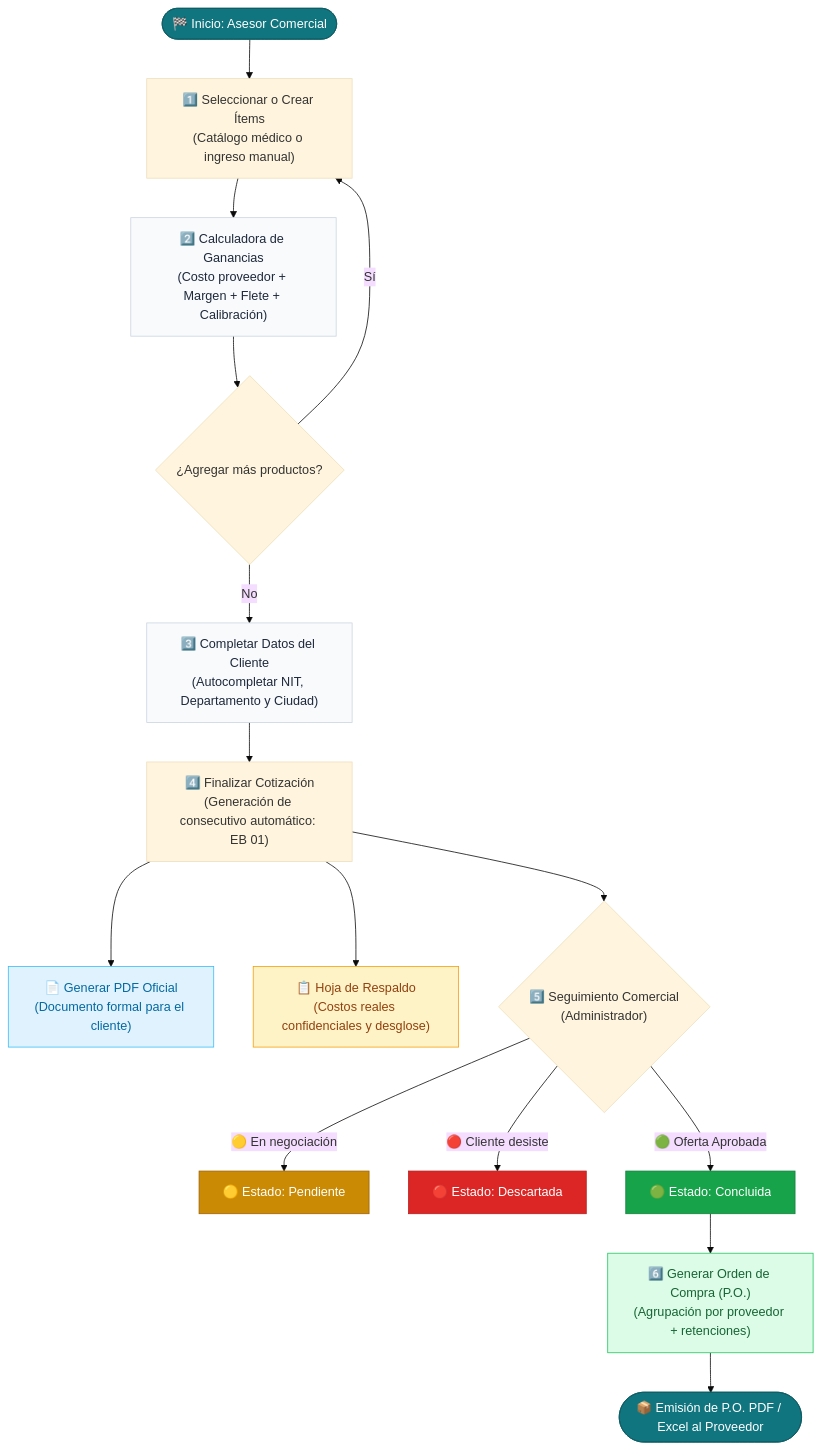
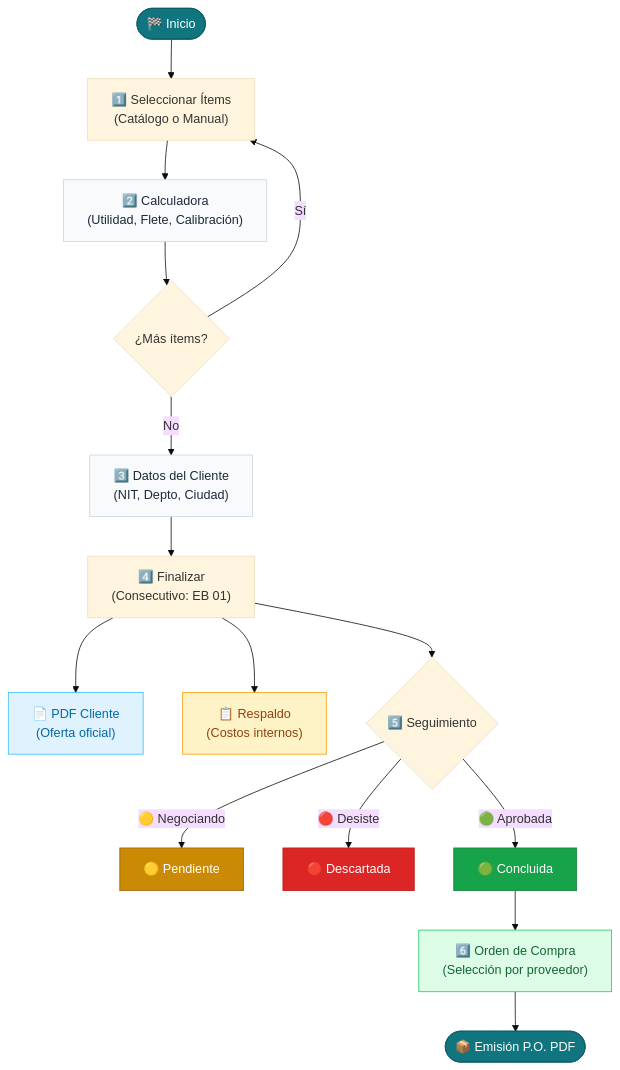
Before and after one commit to Santiago072/SistemaImpobiomedical: the third of 3 diagrams in docs/ARQUITECTURA_Y_COMPONENTES.md, drawn with Mermaid (base theme). The commit also changed other lines of this file, not shown here.

Commit message:
docs: consolidar documentacion tecnica en ARQUITECTURA_Y_COMPONENTES.md manteniendo diagrama de flujo estructurado

````diff
--- a/docs/ARQUITECTURA_Y_COMPONENTES.md
+++ b/docs/ARQUITECTURA_Y_COMPONENTES.md
@@ -108,31 +423,31 @@
 ```mermaid
 flowchart TD
-    Inicio(["🏁 Inicio: Asesor Comercial"]) --> Paso1["1️⃣ Seleccionar o Crear Ítems<br/>(Catálogo médico o ingreso manual)"]
-    Paso1 --> Paso2["2️⃣ Calculadora de Ganancias<br/>(Costo proveedor + Margen + Flete + Calibración)"]
-    Paso2 --> Paso3{"¿Agregar más productos?"}
+    Inicio(["🏁 Inicio"]) --> Paso1["1️⃣ Seleccionar Ítems<br/>(Catálogo o Manual)"]
+    Paso1 --> Paso2["2️⃣ Calculadora<br/>(Utilidad, Flete, Calibración)"]
+    Paso2 --> Paso3{"¿Más ítems?"}
     Paso3 -- Sí --> Paso1
-    Paso3 -- No --> Paso4["3️⃣ Completar Datos del Cliente<br/>(Autocompletar NIT, Departamento y Ciudad)"]
-    Paso4 --> Paso5["4️⃣ Finalizar Cotización<br/>(Generación de consecutivo automático: EB 01)"]
+    Paso3 -- No --> Paso4["3️⃣ Datos del Cliente<br/>(NIT, Depto, Ciudad)"]
+    Paso4 --> Paso5["4️⃣ Finalizar<br/>(Consecutivo: EB 01)"]
     
-    Paso5 --> Paso6["📄 Generar PDF Oficial<br/>(Documento formal para el cliente)"]
-    Paso5 --> Paso7["📋 Hoja de Respaldo<br/>(Costos reales confidenciales y desglose)"]
-    Paso5 --> Estado{"5️⃣ Seguimiento Comercial<br/>(Administrador)"}
+    Paso5 --> Paso6["📄 PDF Cliente<br/>(Oferta oficial)"]
+    Paso5 --> Paso7["📋 Respaldo<br/>(Costos internos)"]
+    Paso5 --> Estado{"5️⃣ Seguimiento"}
     
-    Estado -- 🟡 En negociación --> Pendiente["🟡 Estado: Pendiente"]
-    Estado -- 🔴 Cliente desiste --> Descartada["🔴 Estado: Descartada"]
-    Estado -- 🟢 Oferta Aprobada --> Concluida["🟢 Estado: Concluida"]
+    Estado -- 🟡 Negociando --> Pendiente["🟡 Pendiente"]
+    Estado -- 🔴 Desiste --> Descartada["🔴 Descartada"]
+    Estado -- 🟢 Aprobada --> Concluida["🟢 Concluida"]
 
-    Concluida --> Orden["6️⃣ Generar Orden de Compra (P.O.)<br/>(Agrupación por proveedor + retenciones)"]
-    Orden --> Fin(["📦 Emisión de P.O. PDF / Excel al Proveedor"])
+    Concluida --> Orden["6️⃣ Orden de Compra<br/>(Selección por proveedor)"]
+    Orden --> Fin(["📦 Emisión P.O. PDF"])
 
     style Inicio fill:#10757e,stroke:#0d5c63,color:#fff
     style Fin fill:#10757e,stroke:#0d5c63,color:#fff
     style Concluida fill:#16a34a,stroke:#15803d,color:#fff
     style Pendiente fill:#ca8a04,stroke:#a16207,color:#fff
     style Descartada fill:#dc2626,stroke:#b91c1c,color:#fff
     style Paso2 fill:#f8fafc,stroke:#cbd5e1,color:#1e293b
     style Paso4 fill:#f8fafc,stroke:#cbd5e1,color:#1e293b
     style Paso6 fill:#e0f2fe,stroke:#38bdf8,color:#0369a1
     style Paso7 fill:#fef3c7,stroke:#f59e0b,color:#92400e
     style Orden fill:#dcfce7,stroke:#22c55e,color:#166534
 ```
````
